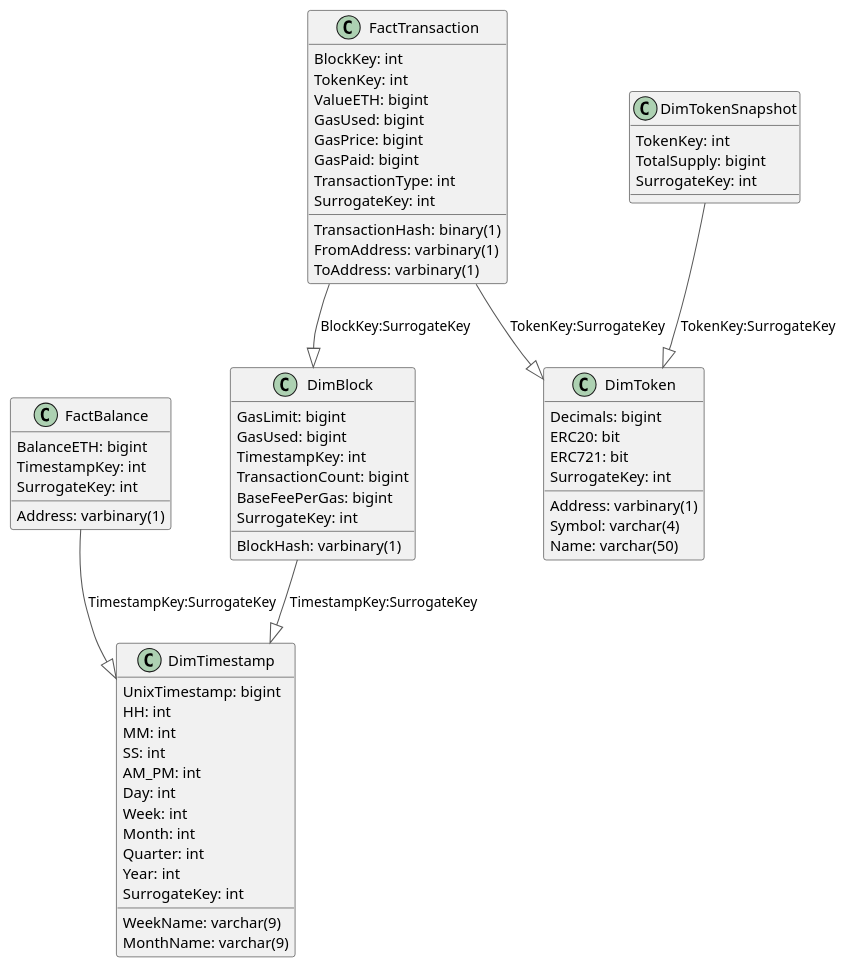
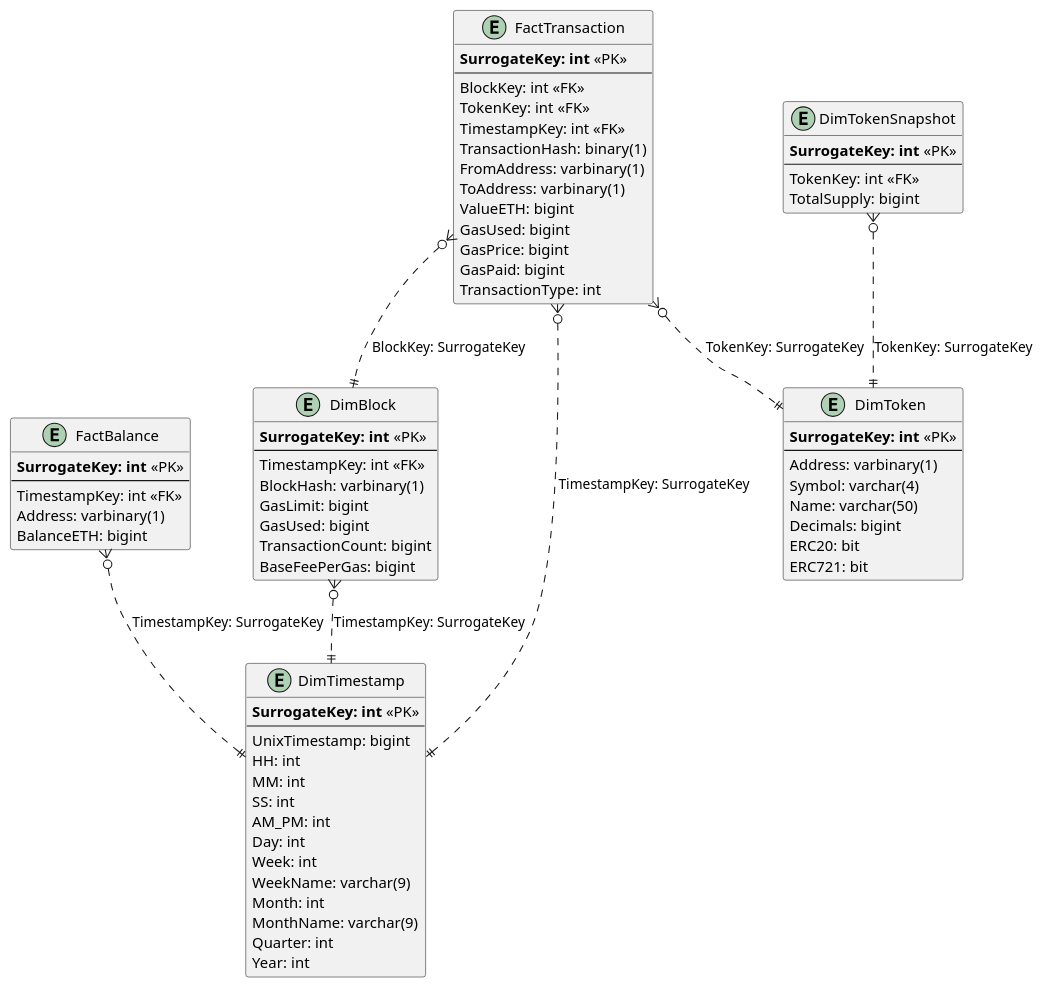
One commit to 8200383/ethereum-chain-analysis-and-data-warehouse-design changed the diagram in pumls/data_warehouse.puml. Above: the diagram before and after it, drawn with PlantUML. The commit also changed 1 other file, not shown here.

Commit message:
Fixed ER Diagram

```diff
--- a/pumls/data_warehouse.puml
+++ b/pumls/data_warehouse.puml
@@ -1,66 +1,74 @@
 @startuml
 
-class DimBlock {
+entity DimBlock {
+   **SurrogateKey: int** <<PK>>
+   --
+   TimestampKey: int <<FK>>
    BlockHash: varbinary(1)
    GasLimit: bigint
    GasUsed: bigint
-   TimestampKey: int
    TransactionCount: bigint
    BaseFeePerGas: bigint
-   SurrogateKey: int
 }
-class DimTimestamp {
+entity DimTimestamp {
+   **SurrogateKey: int** <<PK>>
+   --
    UnixTimestamp: bigint
    HH: int
    MM: int
    SS: int
    AM_PM: int
    Day: int
    Week: int
    WeekName: varchar(9)
    Month: int
    MonthName: varchar(9)
    Quarter: int
    Year: int
-   SurrogateKey: int
 }
-class DimToken {
+entity DimToken {
+   **SurrogateKey: int** <<PK>>
+   --
    Address: varbinary(1)
    Symbol: varchar(4)
    Name: varchar(50)
    Decimals: bigint
    ERC20: bit
    ERC721: bit
-   SurrogateKey: int
 }
-class DimTokenSnapshot {
-   TokenKey: int
+entity DimTokenSnapshot {
+   **SurrogateKey: int** <<PK>>
+   --
+   TokenKey: int <<FK>>
    TotalSupply: bigint
-   SurrogateKey: int
 }
-class FactBalance {
+entity FactBalance {
+   **SurrogateKey: int** <<PK>>
+   --
+   TimestampKey: int <<FK>>
    Address: varbinary(1)
    BalanceETH: bigint
-   TimestampKey: int
-   SurrogateKey: int
 }
-class FactTransaction {
+entity FactTransaction {
+   **SurrogateKey: int** <<PK>>
+   --
+   BlockKey: int <<FK>>
+   TokenKey: int <<FK>>
+   TimestampKey: int <<FK>>
    TransactionHash: binary(1)
-   BlockKey: int
    FromAddress: varbinary(1)
    ToAddress: varbinary(1)
-   TokenKey: int
    ValueETH: bigint
    GasUsed: bigint
    GasPrice: bigint
    GasPaid: bigint
    TransactionType: int
-   SurrogateKey: int
 }
 
-DimBlock          -[#595959,plain]-^  DimTimestamp     : "TimestampKey:SurrogateKey"
-DimTokenSnapshot  -[#595959,plain]-^  DimToken         : "TokenKey:SurrogateKey"
-FactBalance       -[#595959,plain]-^  DimTimestamp     : "TimestampKey:SurrogateKey"
-FactTransaction   -[#595959,plain]-^  DimBlock         : "BlockKey:SurrogateKey"
-FactTransaction   -[#595959,plain]-^  DimToken         : "TokenKey:SurrogateKey"
+DimBlock          }o..||  DimTimestamp     : "TimestampKey: SurrogateKey"
+DimTokenSnapshot  }o..||  DimToken         : "TokenKey: SurrogateKey"
+FactBalance       }o..||  DimTimestamp     : "TimestampKey: SurrogateKey"
+FactTransaction   }o..||  DimBlock         : "BlockKey: SurrogateKey"
+FactTransaction   }o..||  DimToken         : "TokenKey: SurrogateKey"
+FactTransaction   }o..||  DimTimestamp     : "TimestampKey: SurrogateKey"
 @enduml
```
